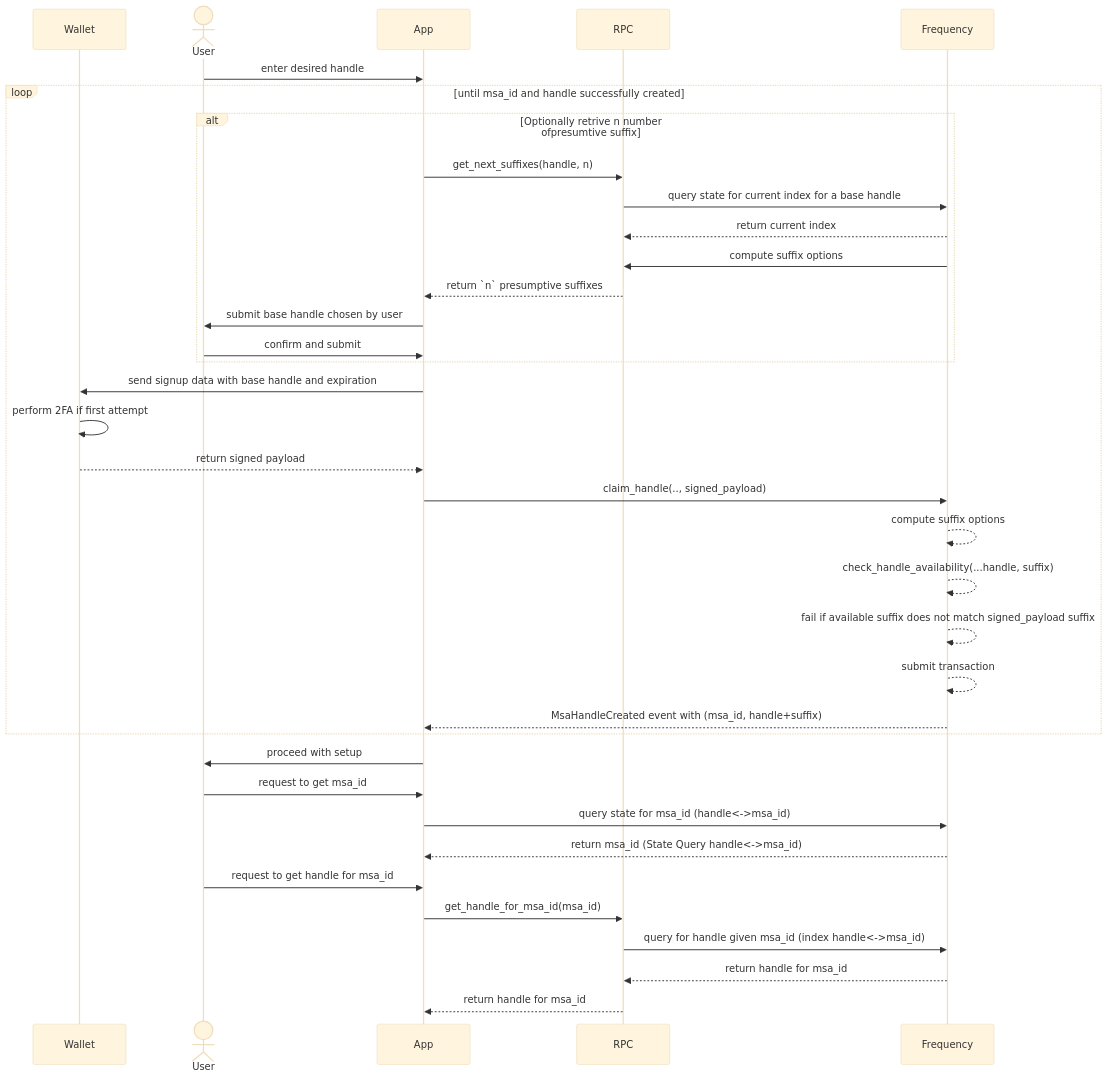
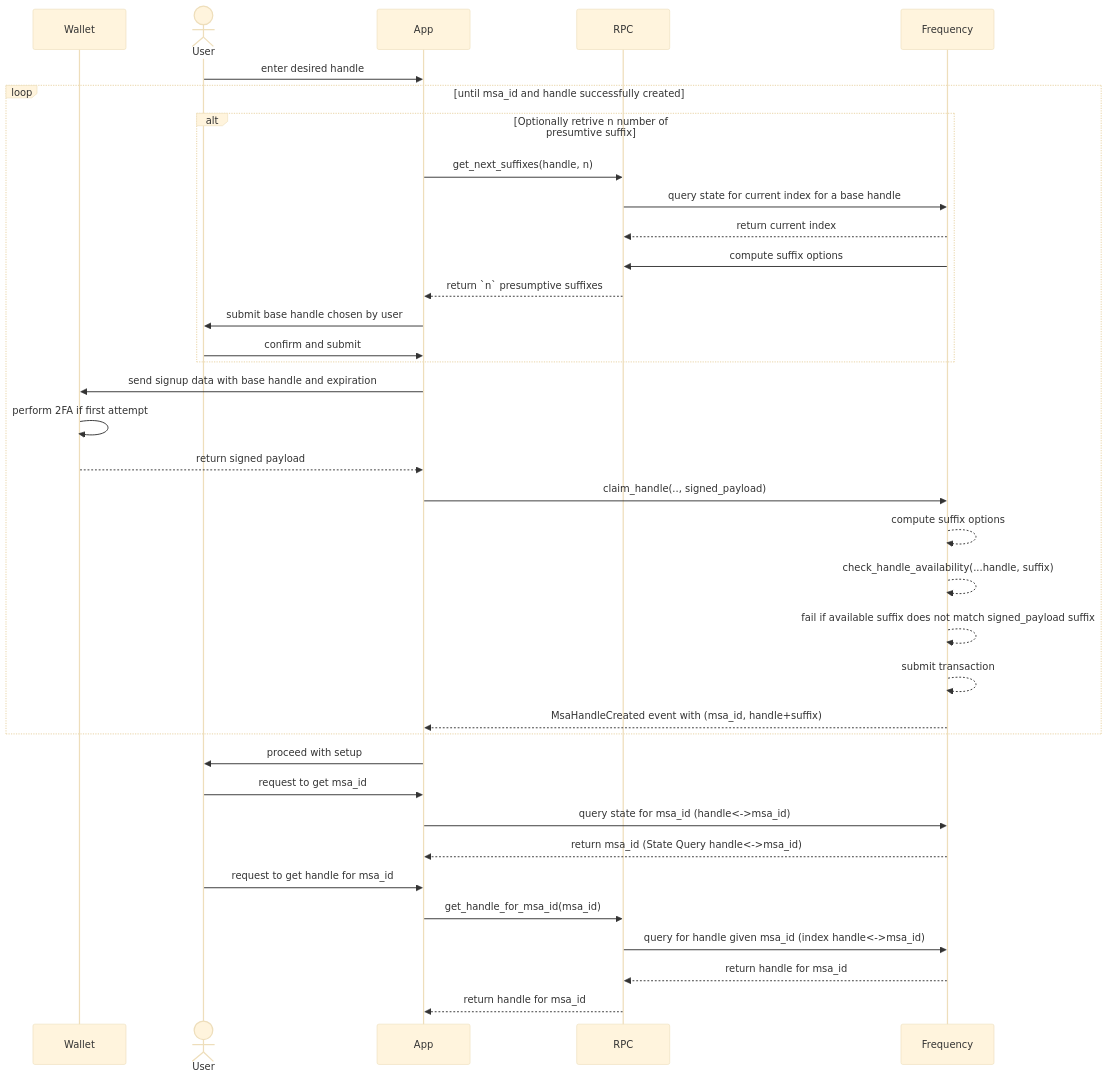
The diagram in designdocs/user-handles.md (frequency-chain/frequency), drawn with Mermaid (base theme) before and after one commit.

````diff
--- a/designdocs/user-handles.md
+++ b/designdocs/user-handles.md
@@ -77,38 +77,38 @@
 ```mermaid
 sequenceDiagram
     participant Wallet
     actor User
     participant App
     participant RPC
     participant Frequency
     User->>App: enter desired handle
     loop until msa_id and handle successfully created
-        alt Optionally retrive n number ofpresumtive suffix
+        alt Optionally retrive n number of presumtive suffix
         App->>RPC: get_next_suffixes(handle, n)
         RPC->>Frequency: query state for current index for a base handle
         Frequency-->>RPC: return current index
         Frequency->>RPC: compute suffix options
         RPC-->>App: return `n` presumptive suffixes
         App->>User: submit base handle chosen by user
         User->>App: confirm and submit
         end
         App->>Wallet: send signup data with base handle and expiration
         Wallet->>Wallet: perform 2FA if first attempt
         Wallet-->>App: return signed payload
         App->>Frequency: claim_handle(.., signed_payload)
         Frequency-->>Frequency: compute suffix options
         Frequency-->>Frequency: check_handle_availability(...handle, suffix)
         Frequency-->>Frequency: fail if available suffix does not match signed_payload suffix
         Frequency-->>Frequency: submit transaction
         Frequency-->>App: MsaHandleCreated event with (msa_id, handle+suffix)
     end
     App->>User: proceed with setup
     User->>App: request to get msa_id
     App->>Frequency: query state for msa_id (handle<->msa_id)
     Frequency-->>App: return msa_id (State Query handle<->msa_id)
     User->>App: request to get handle for msa_id
     App->>RPC: get_handle_for_msa_id(msa_id)
     RPC->>Frequency: query for handle given msa_id (index handle<->msa_id)
     Frequency-->>RPC: return handle for msa_id
     RPC-->>App: return handle for msa_id
 ```
````
